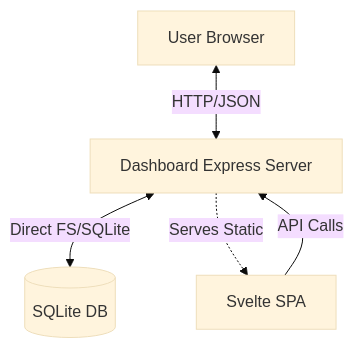
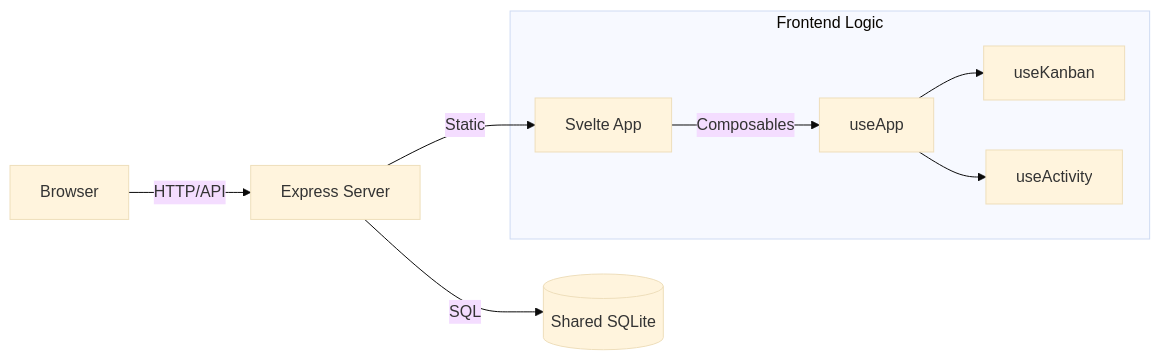
Before and after one commit to vheins/local-memory-mcp: the diagram in .agents/documents/application/modules/dashboard/overview.md, drawn with Mermaid (base theme). The commit also changed other lines of this file and 29 other files, not shown here.

Commit message:
docs: update architecture, design, and requirements documentation to reflect core system refinements and UI improvements

````diff
--- a/.agents/documents/application/modules/dashboard/overview.md
+++ b/.agents/documents/application/modules/dashboard/overview.md
@@ -13,7 +19,12 @@
 ```mermaid
-graph TD
-    A[User Browser] <-->|HTTP/JSON| B[Dashboard Express Server]
-    B <-->|Direct FS/SQLite| C[(SQLite DB)]
-    B -.->|Serves Static| D[Svelte SPA]
-    D -->|API Calls| B
+graph LR
+    A[Browser] -- HTTP/API --> B[Express Server]
+    B -- SQL --> C[(Shared SQLite)]
+    B -- Static --> D[Svelte App]
+    
+    subgraph Frontend Logic
+    D -- Composables --> E[useApp]
+    E --> F[useKanban]
+    E --> G[useActivity]
+    end
 ```
````
